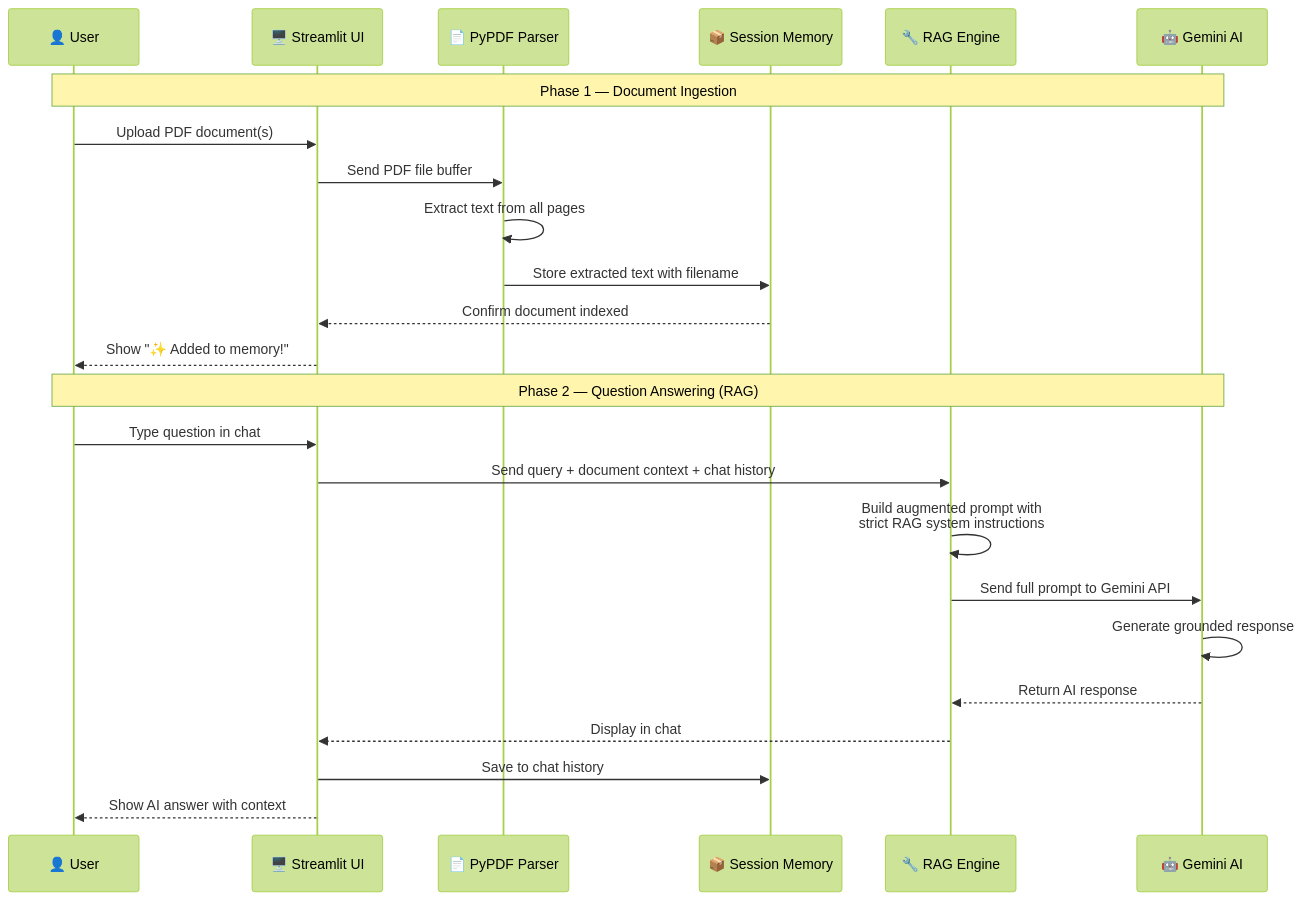
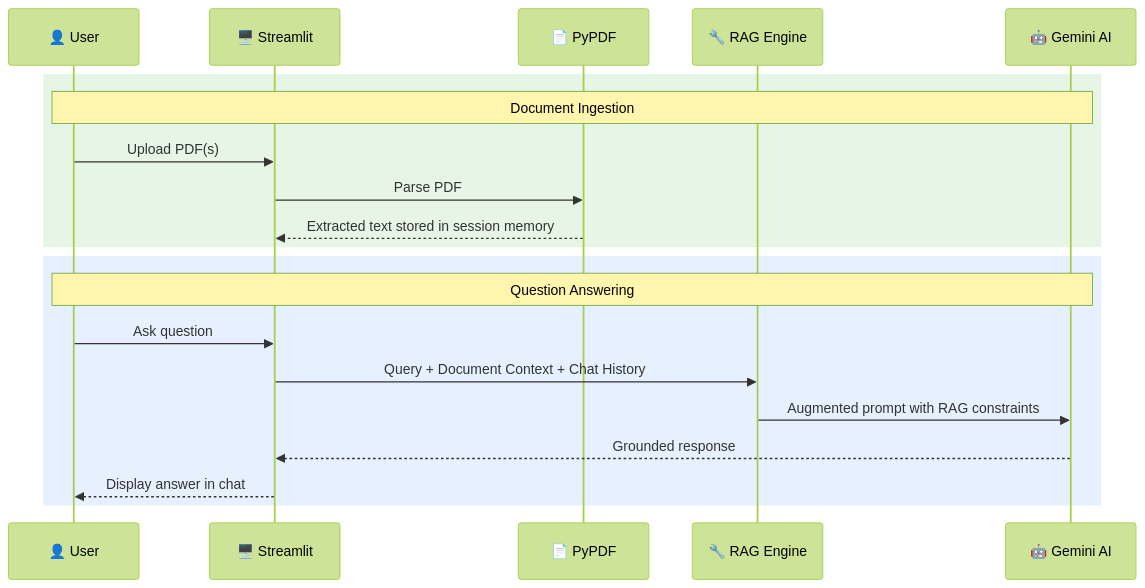
One commit to Krati-orbit/Document-Q-A-system- changed the second of 3 diagrams in README.md. Above: the diagram before and after it, drawn with Mermaid (forest theme). The commit also changed other lines of this file and 3 other files, not shown here.

Commit message:
Refined README: cleaner layout, removed fake images, kept essential diagrams

````diff
--- a/README.md
+++ b/README.md
@@ -103,28 +61,24 @@
 ```mermaid
 sequenceDiagram
     participant U as 👤 User
-    participant S as 🖥️ Streamlit UI
-    participant P as 📄 PyPDF Parser
-    participant M as 📦 Session Memory
+    participant S as 🖥️ Streamlit
+    participant P as 📄 PyPDF
     participant R as 🔧 RAG Engine
     participant G as 🤖 Gemini AI
 
-    Note over U,G: Phase 1 — Document Ingestion
-    U->>S: Upload PDF document(s)
-    S->>P: Send PDF file buffer
-    P->>P: Extract text from all pages
-    P->>M: Store extracted text with filename
-    M-->>S: Confirm document indexed
-    S-->>U: Show "✨ Added to memory!"
+    rect rgb(230, 245, 230)
+    Note over U,G: Document Ingestion
+    U->>S: Upload PDF(s)
+    S->>P: Parse PDF
+    P-->>S: Extracted text stored in session memory
+    end
 
-    Note over U,G: Phase 2 — Question Answering (RAG)
-    U->>S: Type question in chat
-    S->>R: Send query + document context + chat history
-    R->>R: Build augmented prompt with<br/>strict RAG system instructions
-    R->>G: Send full prompt to Gemini API
-    G->>G: Generate grounded response
-    G-->>R: Return AI response
-    R-->>S: Display in chat
-    S->>M: Save to chat history
-    S-->>U: Show AI answer with context
+    rect rgb(230, 240, 255)
+    Note over U,G: Question Answering
+    U->>S: Ask question
+    S->>R: Query + Document Context + Chat History
+    R->>G: Augmented prompt with RAG constraints
+    G-->>S: Grounded response
+    S-->>U: Display answer in chat
+    end
 ```
````
